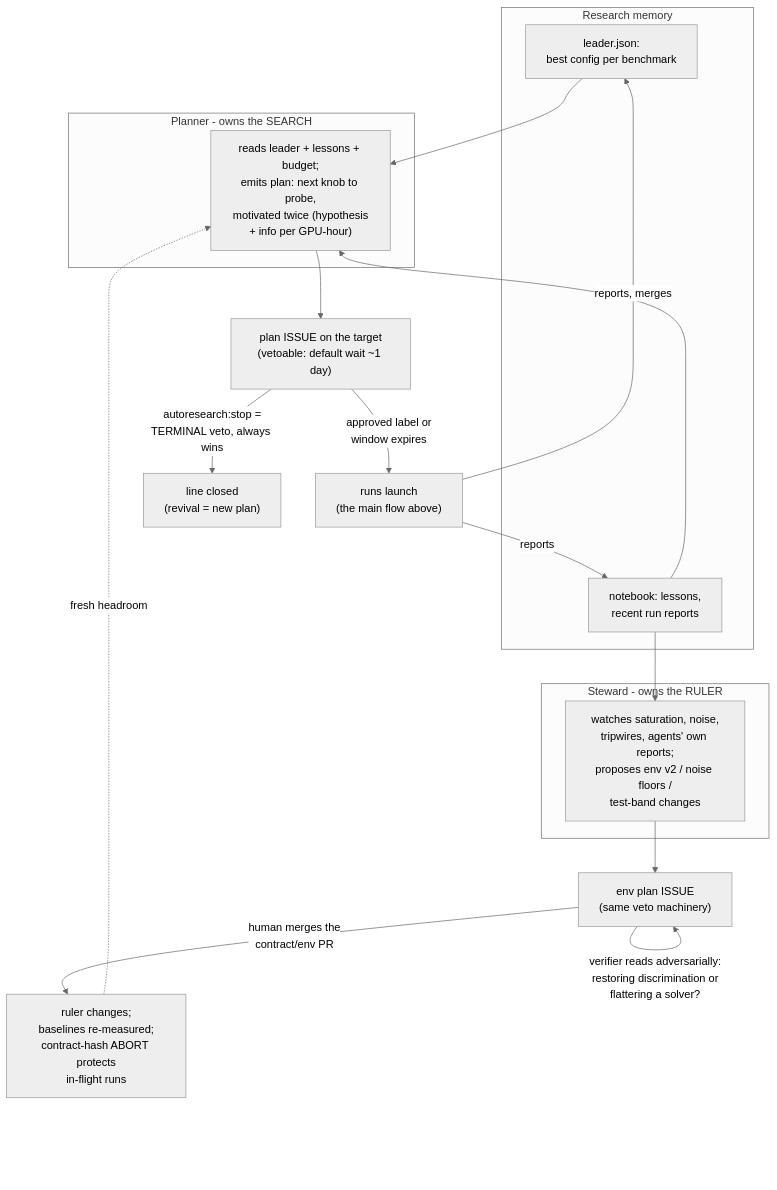
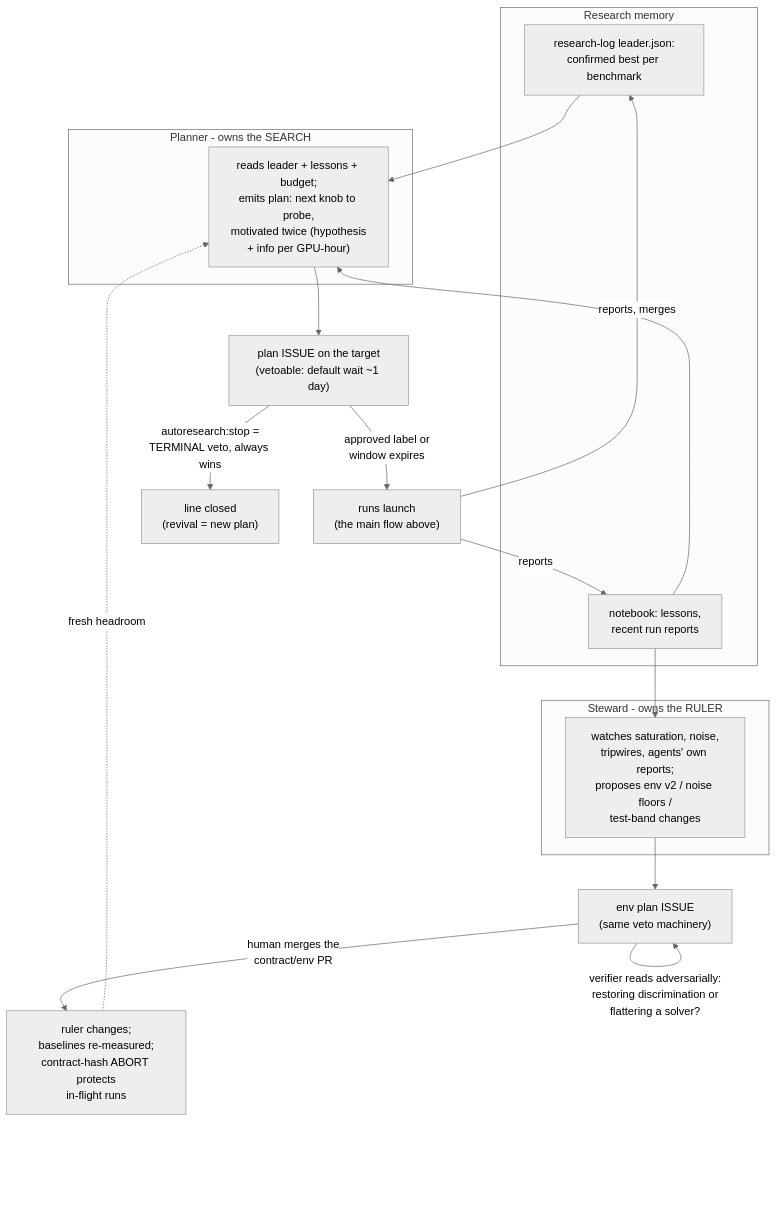
One commit to outerloop-science/outerloop changed the third of 4 diagrams in docs/design/roles.md. Above: the diagram before and after it, drawn with Mermaid (neutral theme). The commit also changed other lines of this file and 25 other files, not shown here.

````diff
--- a/docs/design/roles.md
+++ b/docs/design/roles.md
@@ -149,31 +149,31 @@
 ```mermaid
 flowchart TD
     subgraph memory [Research memory]
-        LED["leader.json:<br/>best config per benchmark"]
+        LED["research-log leader.json:<br/>confirmed best per benchmark"]
         LES["notebook: lessons,<br/>recent run reports"]
     end
 
     subgraph planner [Planner - owns the SEARCH]
         PL["reads leader + lessons + budget;<br/>emits plan: next knob to probe,<br/>motivated twice (hypothesis<br/>+ info per GPU-hour)"]
     end
 
     subgraph steward [Steward - owns the RULER]
         ST["watches saturation, noise,<br/>tripwires, agents' own reports;<br/>proposes env v2 / noise floors /<br/>test-band changes"]
     end
 
     LED --> PL
     LES --> PL
     LES --> ST
 
     PL --> PI["plan ISSUE on the target<br/>(vetoable: default wait ~1 day)"]
     ST --> PI2["env plan ISSUE<br/>(same veto machinery)"]
 
     PI -->|"autoresearch:stop =<br/>TERMINAL veto, always wins"| DEAD["line closed<br/>(revival = new plan)"]
     PI -->|"approved label or<br/>window expires"| RUN["runs launch<br/>(the main flow above)"]
     PI2 -->|human merges the<br/>contract/env PR| ENV["ruler changes;<br/>baselines re-measured;<br/>contract-hash ABORT protects<br/>in-flight runs"]
     PI2 -->|verifier reads adversarially:<br/>restoring discrimination or<br/>flattering a solver?| PI2
 
     RUN -->|reports, merges| LED
     RUN -->|reports| LES
     ENV -.->|fresh headroom| PL
 ```
````
